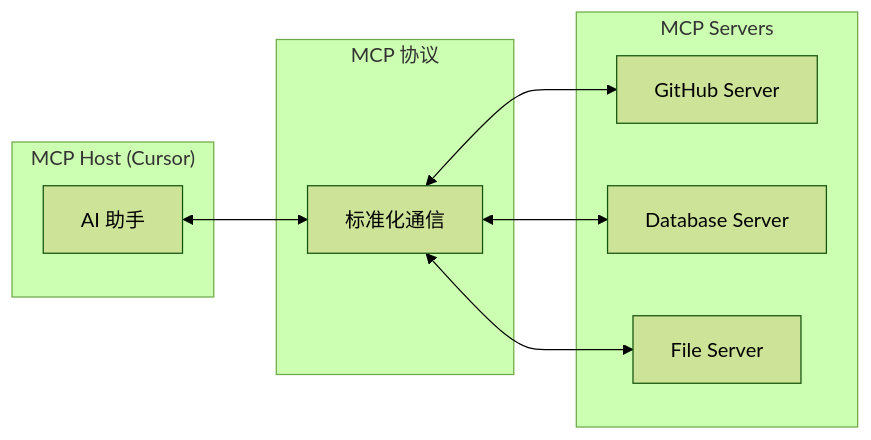
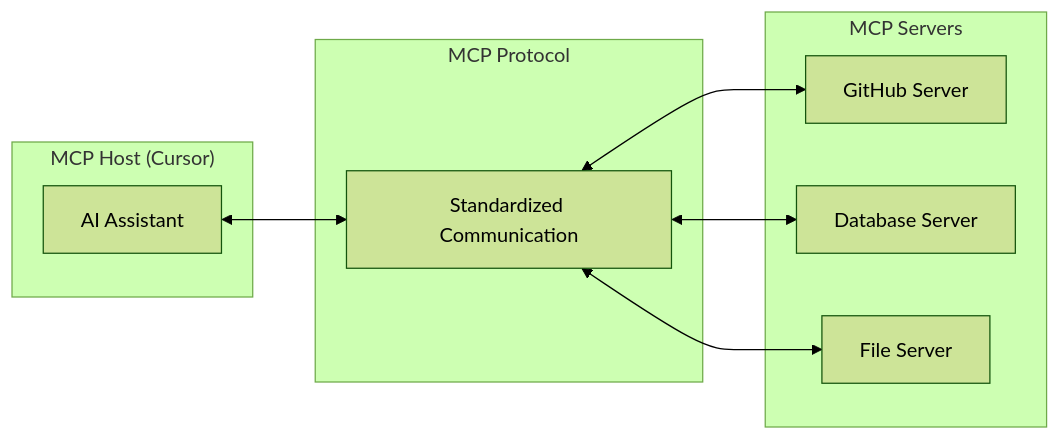
Before and after one commit to DDR187/cursor-howto: the second of 3 diagrams in 06-mcp/README.md, drawn with Mermaid (forest theme). The commit also changed other lines of this file and 22 other files, not shown here.

````diff
--- a/06-mcp/README.md
+++ b/06-mcp/README.md
@@ -55,21 +55,21 @@
 ```mermaid
 flowchart LR
     subgraph Host["MCP Host (Cursor)"]
-        H[AI 助手]
+        H[AI Assistant]
     end
     
-    subgraph Protocol["MCP 协议"]
-        P[标准化通信]
+    subgraph Protocol["MCP Protocol"]
+        P[Standardized Communication]
     end
     
     subgraph Servers["MCP Servers"]
         S1[GitHub Server]
         S2[Database Server]
         S3[File Server]
     end
     
     H <--> P
     P <--> S1
     P <--> S2
     P <--> S3
 ```
````
